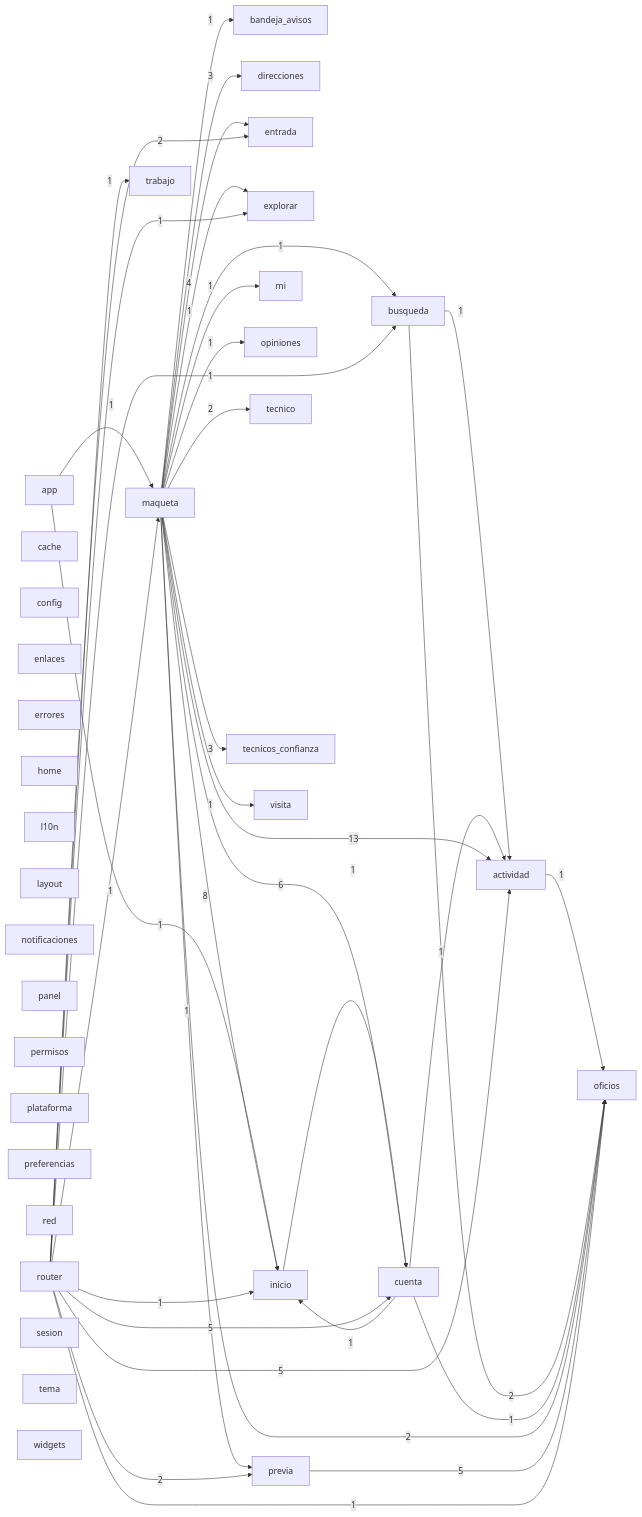
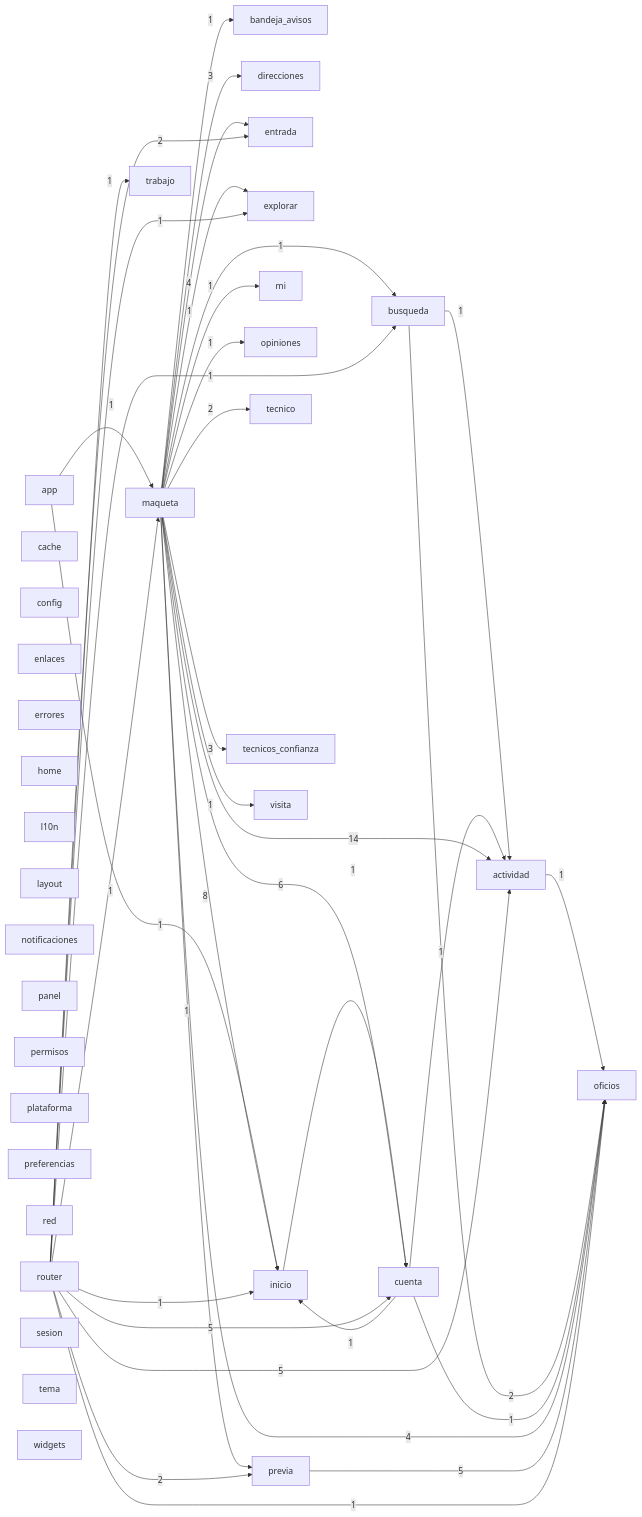
Before and after one commit to Tensei-Devs/knock-frontend: the diagram in docs/architecture/modules.mmd, drawn with Mermaid. The commit also changed 18 other files, not shown here.

```diff
--- a/docs/architecture/modules.mmd
+++ b/docs/architecture/modules.mmd
@@ -1,71 +1,71 @@
 graph LR
   actividad["actividad"]
   app["app"]
   bandeja_avisos["bandeja_avisos"]
   busqueda["busqueda"]
   cache["cache"]
   config["config"]
   cuenta["cuenta"]
   direcciones["direcciones"]
   enlaces["enlaces"]
   entrada["entrada"]
   errores["errores"]
   explorar["explorar"]
   home["home"]
   inicio["inicio"]
   l10n["l10n"]
   layout["layout"]
   maqueta["maqueta"]
   mi["mi"]
   notificaciones["notificaciones"]
   oficios["oficios"]
   opiniones["opiniones"]
   panel["panel"]
   permisos["permisos"]
   plataforma["plataforma"]
   preferencias["preferencias"]
   previa["previa"]
   red["red"]
   router["router"]
   sesion["sesion"]
   tecnico["tecnico"]
   tecnicos_confianza["tecnicos_confianza"]
   tema["tema"]
   trabajo["trabajo"]
   visita["visita"]
   widgets["widgets"]
   actividad -->|1| oficios
   app -->|1| inicio
   app -->|1| maqueta
   busqueda -->|1| actividad
   busqueda -->|2| oficios
   cuenta -->|1| actividad
   cuenta -->|1| inicio
   cuenta -->|1| oficios
   inicio -->|1| cuenta
-  maqueta -->|13| actividad
+  maqueta -->|14| actividad
   maqueta -->|1| bandeja_avisos
   maqueta -->|1| busqueda
   maqueta -->|6| cuenta
   maqueta -->|3| direcciones
   maqueta -->|4| entrada
   maqueta -->|1| explorar
   maqueta -->|8| inicio
   maqueta -->|1| mi
-  maqueta -->|2| oficios
+  maqueta -->|4| oficios
   maqueta -->|1| opiniones
   maqueta -->|1| previa
   maqueta -->|2| tecnico
   maqueta -->|3| tecnicos_confianza
   maqueta -->|1| visita
   previa -->|5| oficios
   router -->|5| actividad
   router -->|1| busqueda
   router -->|5| cuenta
   router -->|2| entrada
   router -->|1| explorar
   router -->|1| inicio
   router -->|1| maqueta
   router -->|1| oficios
   router -->|2| previa
   router -->|1| trabajo
```
